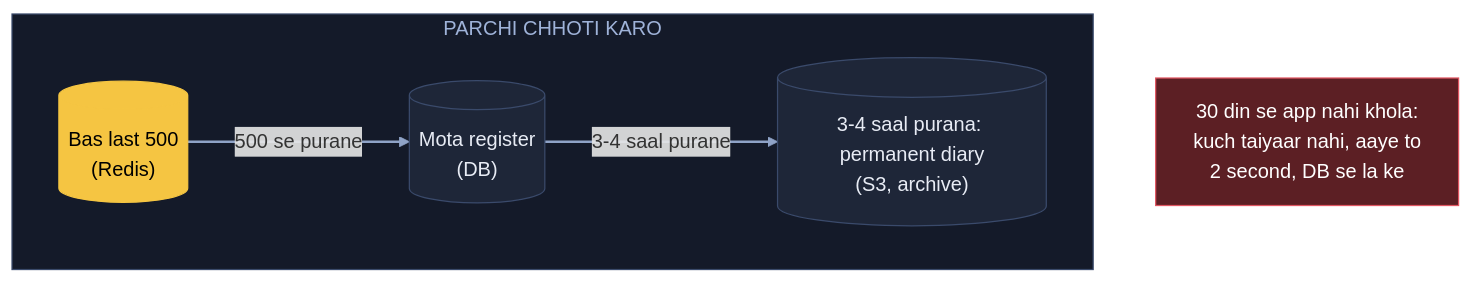
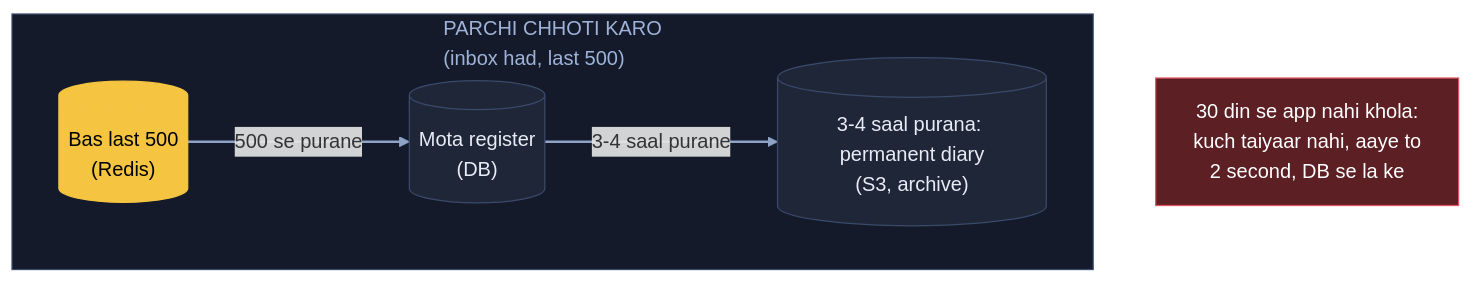
One commit to ArpanMaheshwari144/Prep changed the sixth of 21 diagrams in 04_HLD/SYSTEM_DESIGNS/03_twitter_feed/03_twitter_feed.md. Above: the diagram before and after it, drawn with Mermaid. The commit also changed other lines of this file and 20 other files, not shown here.

Commit message:
HLD main files: diagram me kahani shabd + bracket me asli naam (21 design, 182 label)

````diff
--- a/04_HLD/SYSTEM_DESIGNS/03_twitter_feed/03_twitter_feed.md
+++ b/04_HLD/SYSTEM_DESIGNS/03_twitter_feed/03_twitter_feed.md
@@ -263,17 +263,17 @@
 ```mermaid
 flowchart TB
-    subgraph PC["PARCHI CHHOTI KARO"]
+    subgraph PC["PARCHI CHHOTI KARO<br/>(inbox had, last 500)"]
         IN[("Bas last 500<br/>(Redis)")]:::pill
         DB[("Mota register<br/>(DB)")]:::card
         S3[("3-4 saal purana: permanent diary<br/>(S3, archive)")]:::card
     end
     X["30 din se app nahi khola:<br/>kuch taiyaar nahi, aaye to<br/>2 second, DB se la ke"]:::bad
     IN -- "500 se purane" --> DB
     DB -- "3-4 saal purane" --> S3
     linkStyle default stroke:#8fa3c7,stroke-width:2px
     classDef card fill:#1e2638,stroke:#3a4a6b,color:#e8ecf5
     classDef pill fill:#f5c542,stroke:#f5c542,color:#000
     classDef good fill:#2e7d4f,stroke:#3fbf6f,color:#fff
     classDef bad fill:#5c1f24,stroke:#e05561,color:#fff
     style PC fill:#141a29,stroke:#3a4a6b,color:#9fb3d9
 ```
````
